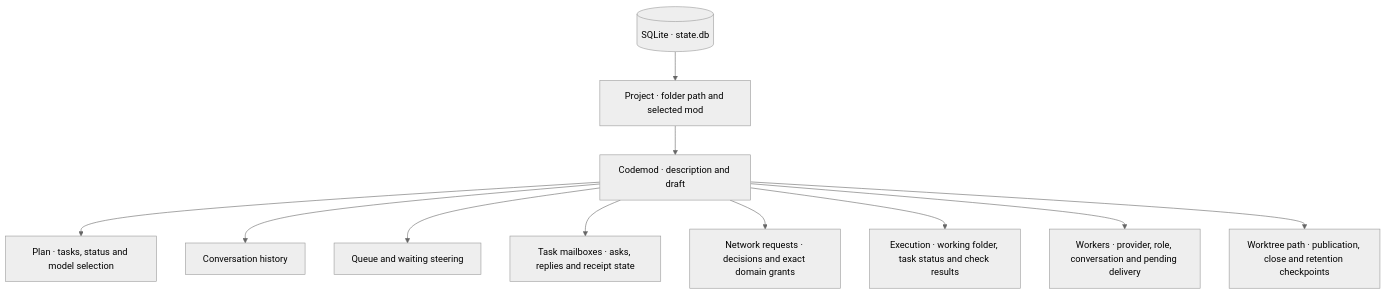
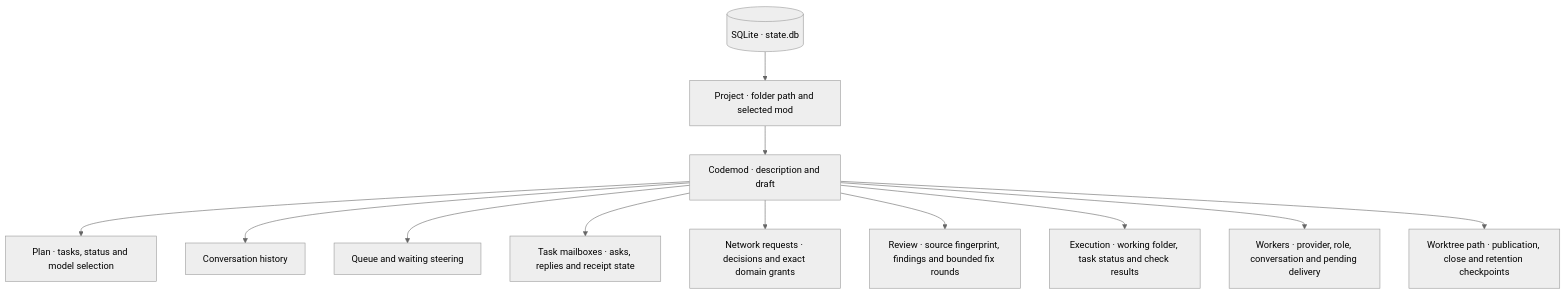
One commit to minimumeffort-dev/sprowt.harness changed the diagram in docs/local-state.md. Above: the diagram before and after it, drawn with Mermaid (neutral theme). The commit also changed 23 other files, not shown here.

````diff
--- a/docs/local-state.md
+++ b/docs/local-state.md
@@ -5,13 +5,14 @@
 ```mermaid
 flowchart TB
     database[("SQLite · state.db")] --> project["Project · folder path and selected mod"]
     project --> mod["Codemod · description and draft"]
     mod --> plan["Plan · tasks, status and model selection"]
     mod --> messages["Conversation history"]
     mod --> pending["Queue and waiting steering"]
     mod --> mail["Task mailboxes · asks, replies and receipt state"]
     mod --> network["Network requests · decisions and exact domain grants"]
+    mod --> review["Review · source fingerprint, findings and bounded fix rounds"]
     mod --> execution["Execution · working folder, task status and check results"]
     mod --> workers["Workers · provider, role, conversation and pending delivery"]
     mod --> git["Worktree path · publication, close and retention checkpoints"]
 ```
````
